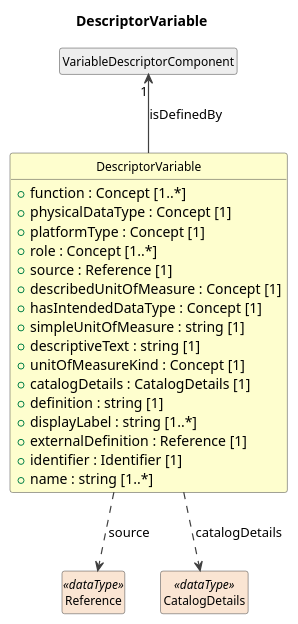
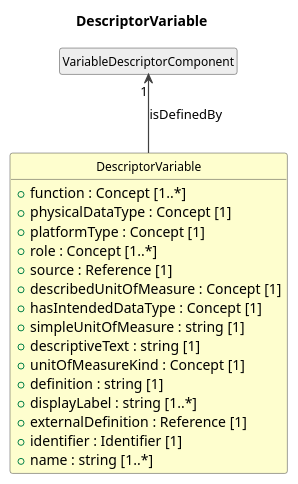
The diagram in build/plantuml/cdifDataStructure/Classes/DescriptorVariable.pu (Cross-Domain-Interoperability-Framework/metadataBuildingBlocks), drawn with PlantUML before and after one commit. The commit also changed 151 other files, not shown here.

```diff
--- a/build/plantuml/cdifDataStructure/Classes/DescriptorVariable.pu
+++ b/build/plantuml/cdifDataStructure/Classes/DescriptorVariable.pu
@@ -1,38 +1,33 @@
 @startuml
 title DescriptorVariable
 hide circle
 hide empty members
 skinparam shadowing false
 skinparam ArrowThickness 1.2
 skinparam class {
   ArrowColor #404040
   BorderColor #404040
   FontSize 12
 }
 
 class "DescriptorVariable" as DescriptorVariable #FEFECE {
   +function : Concept [1..*]
   +physicalDataType : Concept [1]
   +platformType : Concept [1]
   +role : Concept [1..*]
   +source : Reference [1]
   +describedUnitOfMeasure : Concept [1]
   +hasIntendedDataType : Concept [1]
   +simpleUnitOfMeasure : string [1]
   +descriptiveText : string [1]
   +unitOfMeasureKind : Concept [1]
-  +catalogDetails : CatalogDetails [1]
   +definition : string [1]
   +displayLabel : string [1..*]
   +externalDefinition : Reference [1]
   +identifier : Identifier [1]
   +name : string [1..*]
 }
 class "VariableDescriptorComponent" as VariableDescriptorComponent #EEEEEE
 VariableDescriptorComponent "1" <-- DescriptorVariable : isDefinedBy
-class "Reference" as Reference <<dataType>> #FAE5D3
-DescriptorVariable ..> Reference : source
-class "CatalogDetails" as CatalogDetails <<dataType>> #FAE5D3
-DescriptorVariable ..> CatalogDetails : catalogDetails
 
 @enduml
```
